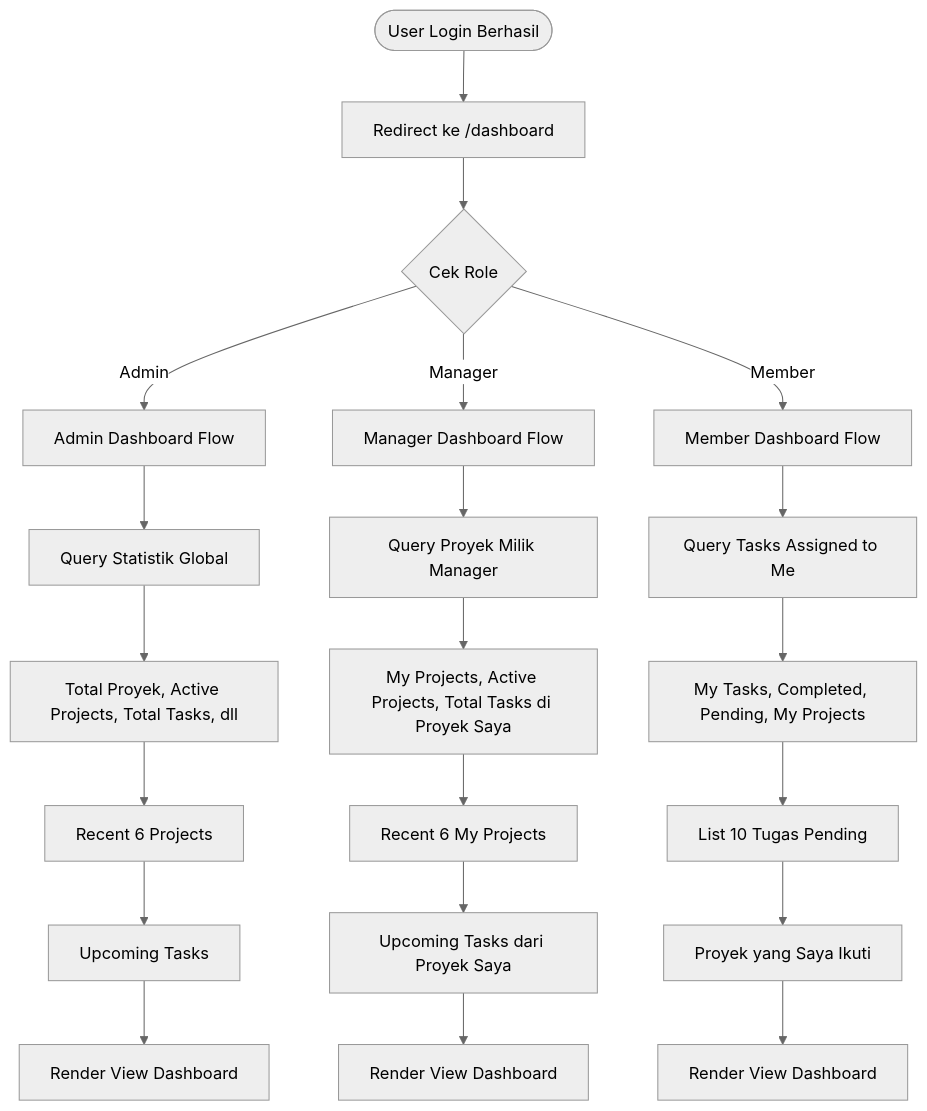
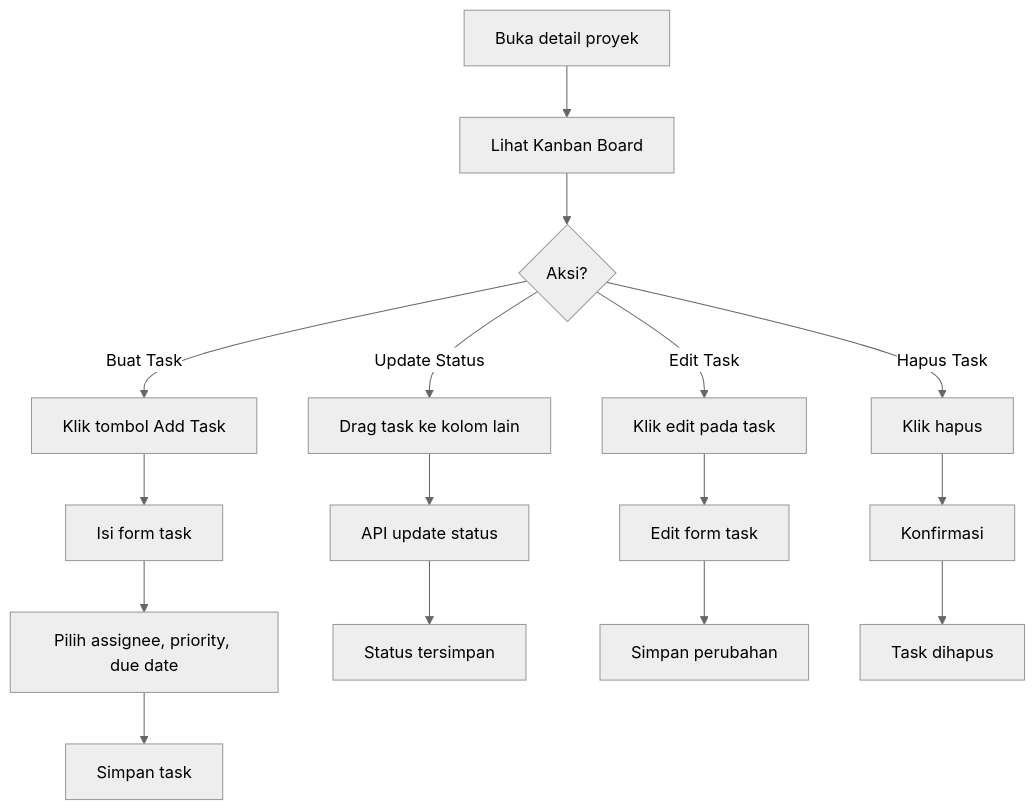
The fourth of 4 diagrams in README.md (ALDY711/dokumentasi-project-manajemend-system), drawn with Mermaid (neutral theme) before and after one commit. The commit also changed other lines of this file, not shown here.

````diff
--- a/README.md
+++ b/README.md
@@ -448,27 +414,22 @@
 ```mermaid
 flowchart TD
-    Start([User Login Berhasil]) --> Redirect[Redirect ke /dashboard]
-    Redirect --> CheckRole{Cek Role}
+    A[Buka detail proyek] --> B[Lihat Kanban Board]
+    B --> C{Aksi?}
     
-    CheckRole -->|Admin| AdminFlow[Admin Dashboard Flow]
-    CheckRole -->|Manager| ManagerFlow[Manager Dashboard Flow]
-    CheckRole -->|Member| MemberFlow[Member Dashboard Flow]
+    C -->|Buat Task| D[Klik tombol Add Task]
+    D --> E[Isi form task]
+    E --> F[Pilih assignee, priority, due date]
+    F --> G[Simpan task]
     
-    AdminFlow --> QueryAdmin[Query Statistik Global]
-    QueryAdmin --> StatsAdmin[Total Proyek, Active Projects, Total Tasks, dll]
-    StatsAdmin --> RecentAdmin[Recent 6 Projects]
-    RecentAdmin --> UpcomingAdmin[Upcoming Tasks]
-    UpcomingAdmin --> RenderAdmin[Render View Dashboard]
+    C -->|Update Status| H[Drag task ke kolom lain]
+    H --> I[API update status]
+    I --> J[Status tersimpan]
     
-    ManagerFlow --> QueryManager[Query Proyek Milik Manager]
-    QueryManager --> StatsManager[My Projects, Active Projects, Total Tasks di Proyek Saya]
-    StatsManager --> RecentManager[Recent 6 My Projects]
-    RecentManager --> UpcomingManager[Upcoming Tasks dari Proyek Saya]
-    UpcomingManager --> RenderManager[Render View Dashboard]
+    C -->|Edit Task| K[Klik edit pada task]
+    K --> L[Edit form task]
+    L --> M[Simpan perubahan]
     
-    MemberFlow --> QueryMember[Query Tasks Assigned to Me]
-    QueryMember --> StatsMember[My Tasks, Completed, Pending, My Projects]
-    StatsMember --> TaskList[List 10 Tugas Pending]
-    TaskList --> ProjectsAssigned[Proyek yang Saya Ikuti]
-    ProjectsAssigned --> RenderMember[Render View Dashboard]
+    C -->|Hapus Task| N[Klik hapus]
+    N --> O[Konfirmasi]
+    O --> P[Task dihapus]
 ```
````
